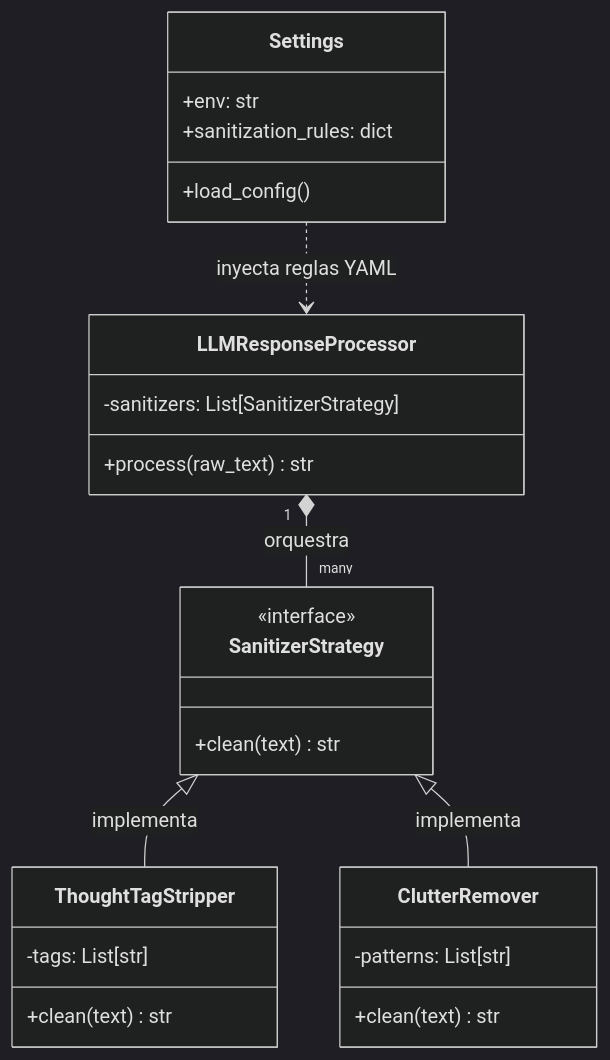
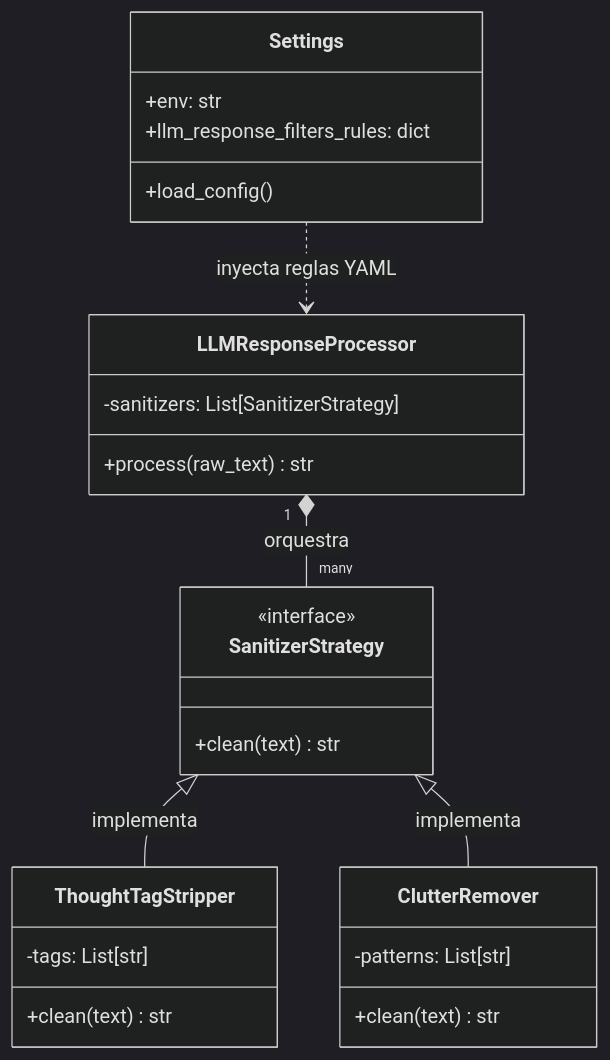
The third of 3 diagrams in specs/003_evolutivo_refactor_to_api.md (rledesma912/automated_narrative), drawn with Mermaid (dark theme) before and after one commit. The commit also changed other lines of this file and 45 other files, not shown here.

````diff
--- a/specs/003_evolutivo_refactor_to_api.md
+++ b/specs/003_evolutivo_refactor_to_api.md
@@ -257,33 +257,33 @@
 ```mermaid
 classDiagram
     class Settings {
         +env: str
-        +sanitization_rules: dict
+        +llm_response_filters_rules: dict
         +load_config()
     }
 
     class LLMResponseProcessor {
         -sanitizers: List[SanitizerStrategy]
         +process(raw_text) str
     }
 
     class SanitizerStrategy {
         <<interface>>
         +clean(text) str
     }
 
     class ThoughtTagStripper {
         -tags: List[str]
         +clean(text) str
     }
 
     class ClutterRemover {
         -patterns: List[str]
         +clean(text) str
     }
 
     LLMResponseProcessor "1" *-- "many" SanitizerStrategy : orquestra
     SanitizerStrategy <|-- ThoughtTagStripper : implementa
     SanitizerStrategy <|-- ClutterRemover : implementa
     Settings ..> LLMResponseProcessor : inyecta reglas YAML
 ```
````
